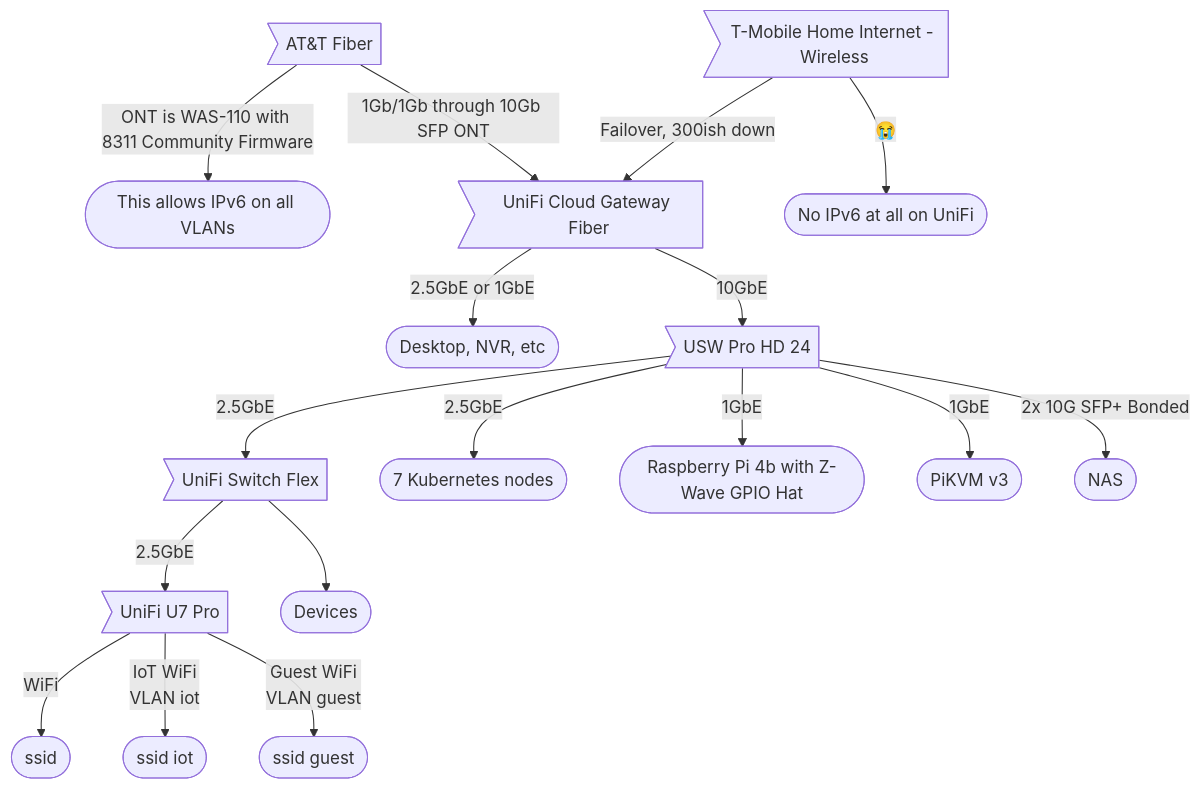
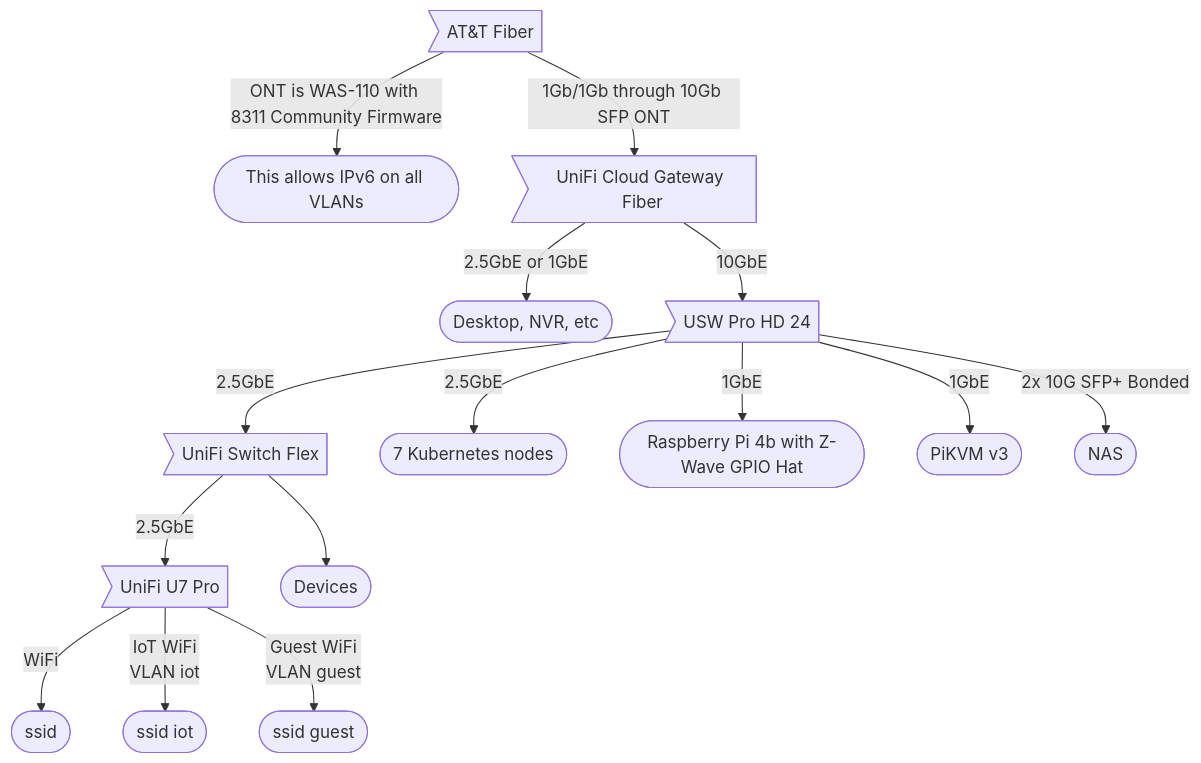
Before and after one commit to tholinka/home-ops: the first of 2 diagrams in README.md, drawn with Mermaid. The commit also changed other lines of this file, not shown here.

````diff
--- a/README.md
+++ b/README.md
@@ -91,24 +91,22 @@
 ```mermaid
 graph TD
   A>AT&T Fiber]
   A --> |ONT is WAS-110 with 8311 Community Firmware| A1([This allows IPv6 on all VLANs])
   A --> |1Gb/1Gb through 10Gb SFP ONT| R
-  B>T-Mobile Home Internet - Wireless] --> |Failover, 300ish down| R
-  B --> |😭|B1([No IPv6 at all on UniFi])
   R>UniFi Cloud Gateway Fiber]
   R --> |2.5GbE or 1GbE| DESK([Desktop, NVR, etc])
   S2 --> |2.5GbE| S1
   R --> |10GbE| S2
   S1>UniFi Switch Flex]
   S2>USW Pro HD 24]
   S1 --> |2.5GbE| W
   W>UniFi U7 Pro]
   W --> |WiFi|W1([ssid])
   W --> |IoT WiFi<br>VLAN iot|W2([ssid iot])
     W --> |Guest WiFi<br>VLAN guest|W3([ssid guest])
   S1 --> D([Devices])
   S2 -->|2.5GbE| K([7 Kubernetes nodes])
   S2 -->|1GbE| P([Raspberry Pi 4b with Z-Wave GPIO Hat])
   S2 -->|1GbE| KVM([PiKVM v3])
   S2 --> |2x 10G SFP+ Bonded| N([NAS])
 ```
````
